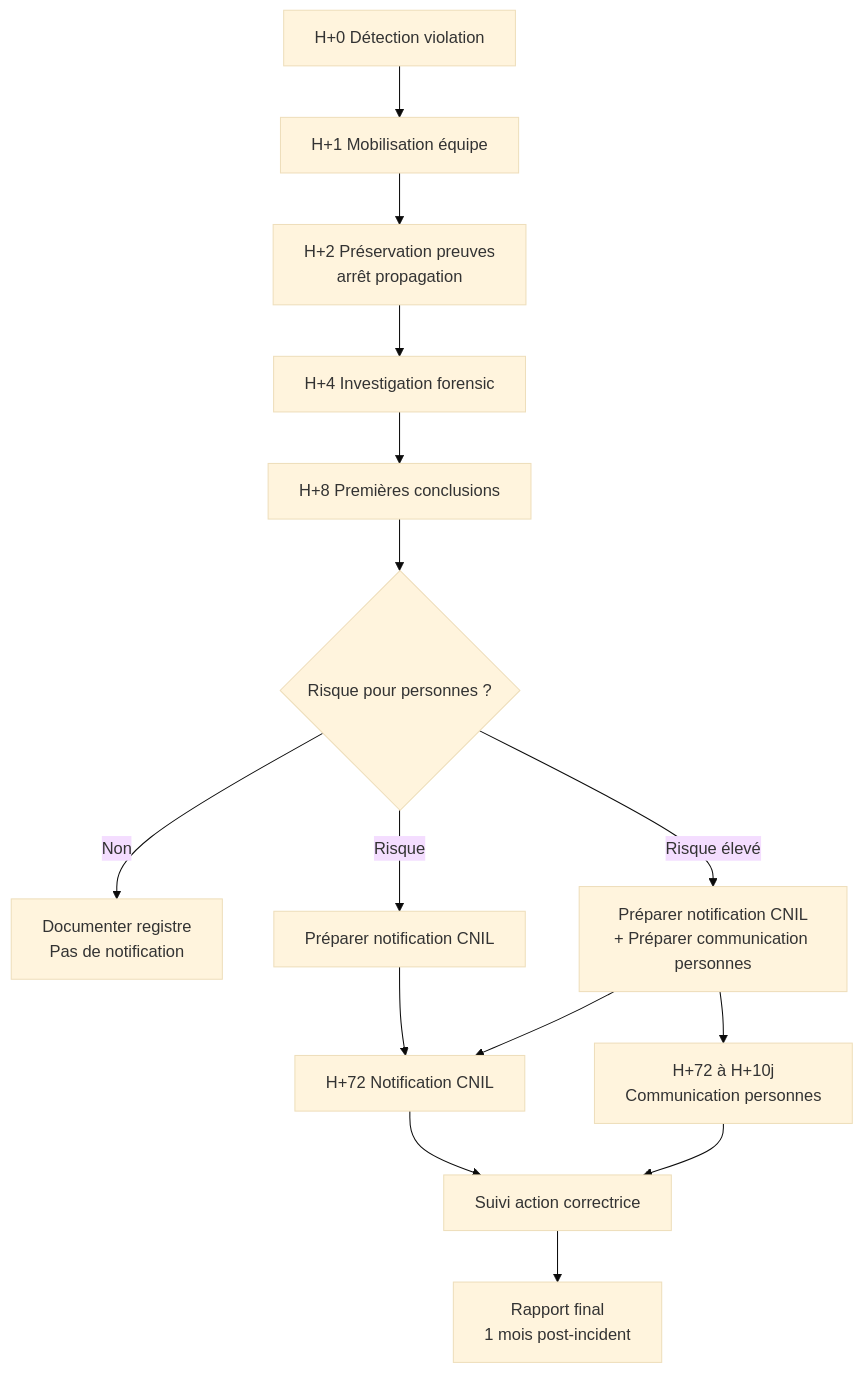
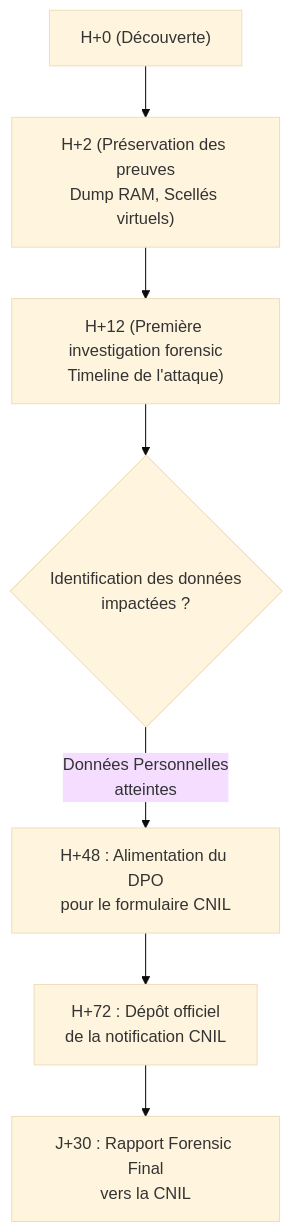
The seventh of 7 diagrams in docs/cursus-forensic/01-cycle-0-fondations/module-1-legislation/08-rgpd-articles-32-33-34.md (zyrass/omnydocs), drawn with Mermaid (base theme) before and after one commit. The commit also changed other lines of this file and 171 other files, not shown here.

````diff
--- a/docs/cursus-forensic/01-cycle-0-fondations/module-1-legislation/08-rgpd-articles-32-33-34.md
+++ b/docs/cursus-forensic/01-cycle-0-fondations/module-1-legislation/08-rgpd-articles-32-33-34.md
@@ -522,17 +320,9 @@
 ```mermaid
 flowchart TB
-    A[H+0 Détection violation] --> B[H+1 Mobilisation équipe]
-    B --> C[H+2 Préservation preuves<br>arrêt propagation]
-    C --> D[H+4 Investigation forensic]
-    D --> E[H+8 Premières conclusions]
-    E --> F{Risque pour personnes ?}
-    F -->|Non| G[Documenter registre<br>Pas de notification]
-    F -->|Risque| H[Préparer notification CNIL]
-    F -->|Risque élevé| I[Préparer notification CNIL<br>+ Préparer communication personnes]
-    H --> J[H+72 Notification CNIL]
-    I --> J
-    I --> K[H+72 à H+10j<br>Communication personnes]
-    J --> L[Suivi action correctrice]
-    K --> L
-    L --> M[Rapport final<br>1 mois post-incident]
+    A["H+0 (Découverte)"] --> B["H+2 (Préservation des preuves<br>Dump RAM, Scellés virtuels)"]
+    B --> C["H+12 (Première investigation forensic<br>Timeline de l'attaque)"]
+    C --> D{"Identification des données<br>impactées ?"}
+    D -->|"Données Personnelles<br>atteintes"| E["H+48 : Alimentation du DPO<br>pour le formulaire CNIL"]
+    E --> F["H+72 : Dépôt officiel<br>de la notification CNIL"]
+    F --> G["J+30 : Rapport Forensic Final<br>vers la CNIL"]
 ```
````
